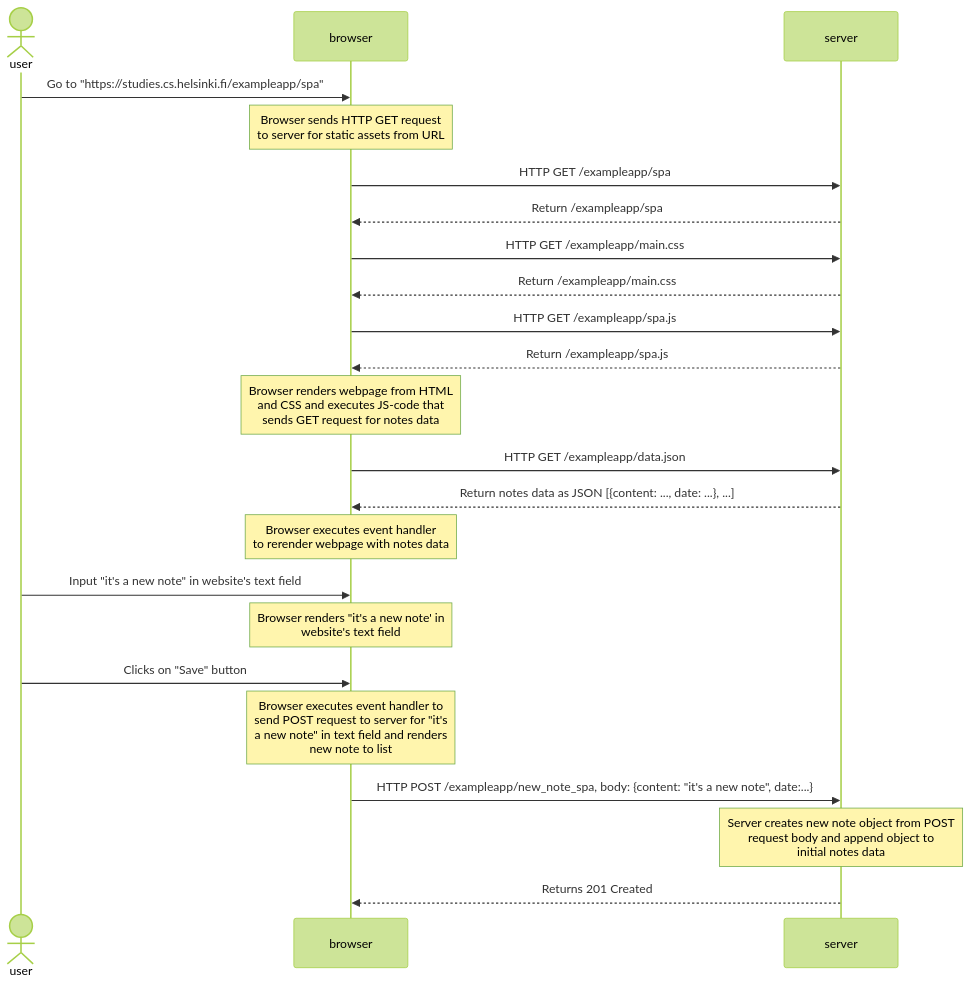
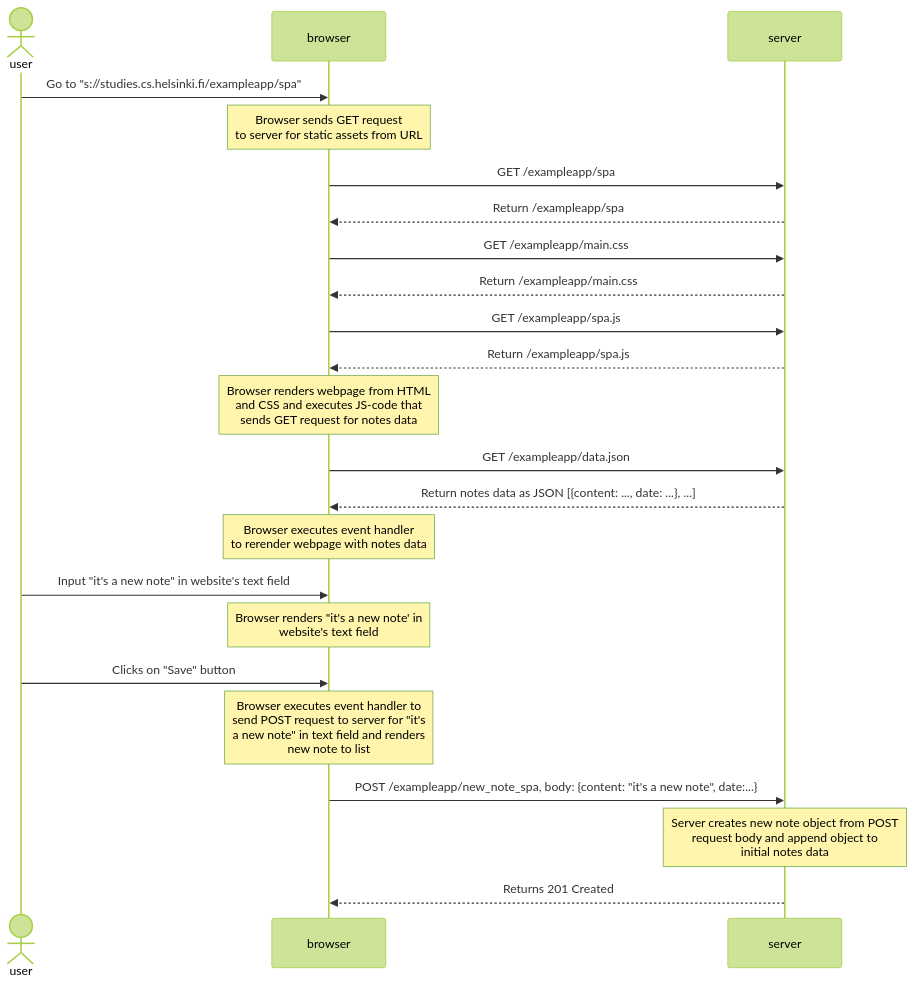
One commit to daniel-bogale/full-stack-open-course changed the diagram in part0/0.6_new_note_spa_diagram.md. Above: the diagram before and after it, drawn with Mermaid (forest theme).

````diff
--- a/part0/0.6_new_note_spa_diagram.md
+++ b/part0/0.6_new_note_spa_diagram.md
@@ -1,38 +1,38 @@
 ```mermaid
 sequenceDiagram
   actor user
   participant browser
   participant server
 
-  user->>browser: Go to "https://studies.cs.helsinki.fi/exampleapp/spa"
+  user->>browser: Go to "s://studies.cs.helsinki.fi/exampleapp/spa"
 
-  note over browser: Browser sends HTTP GET request <br> to server for static assets from URL
+  note over browser: Browser sends  GET request <br> to server for static assets from URL
 
-  browser->>server: HTTP GET /exampleapp/spa
+  browser->>server:  GET /exampleapp/spa
   server-->>browser: Return /exampleapp/spa
-  browser->>server: HTTP GET /exampleapp/main.css
+  browser->>server:  GET /exampleapp/main.css
   server-->>browser: Return /exampleapp/main.css
-  browser->>server: HTTP GET /exampleapp/spa.js
+  browser->>server:  GET /exampleapp/spa.js
   server-->>browser: Return /exampleapp/spa.js
 
   note over browser: Browser renders webpage from HTML <br> and CSS and executes JS-code that <br> sends GET request for notes data
 
-  browser->>server: HTTP GET /exampleapp/data.json
+  browser->>server:  GET /exampleapp/data.json
   server-->>browser: Return notes data as JSON [{content: ..., date: ...}, ...]
 
   note over browser: Browser executes event handler <br> to rerender webpage with notes data
 
   user->>browser: Input "it's a new note" in website's text field
 
   note over browser: Browser renders "it's a new note' in <br> website's text field
 
   user->>browser: Clicks on "Save" button
 
   note over browser: Browser executes event handler to <br> send POST request to server for "it's <br> a new note" in text field and renders <br> new note to list
 
-  browser->>server: HTTP POST /exampleapp/new_note_spa, body: {content: "it's a new note", date:...}
+  browser->>server:  POST /exampleapp/new_note_spa, body: {content: "it's a new note", date:...}
 
   note over server: Server creates new note object from POST <br> request body and append object to <br> initial notes data
 
   server-->>browser: Returns 201 Created
 ```
````
